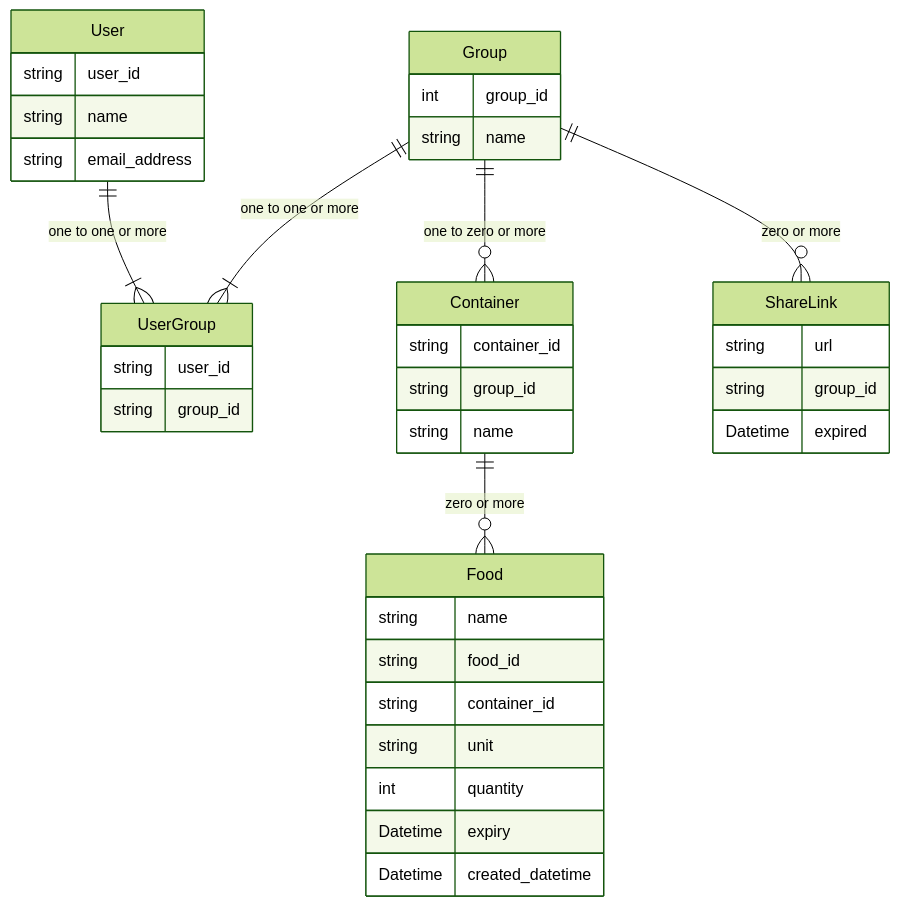
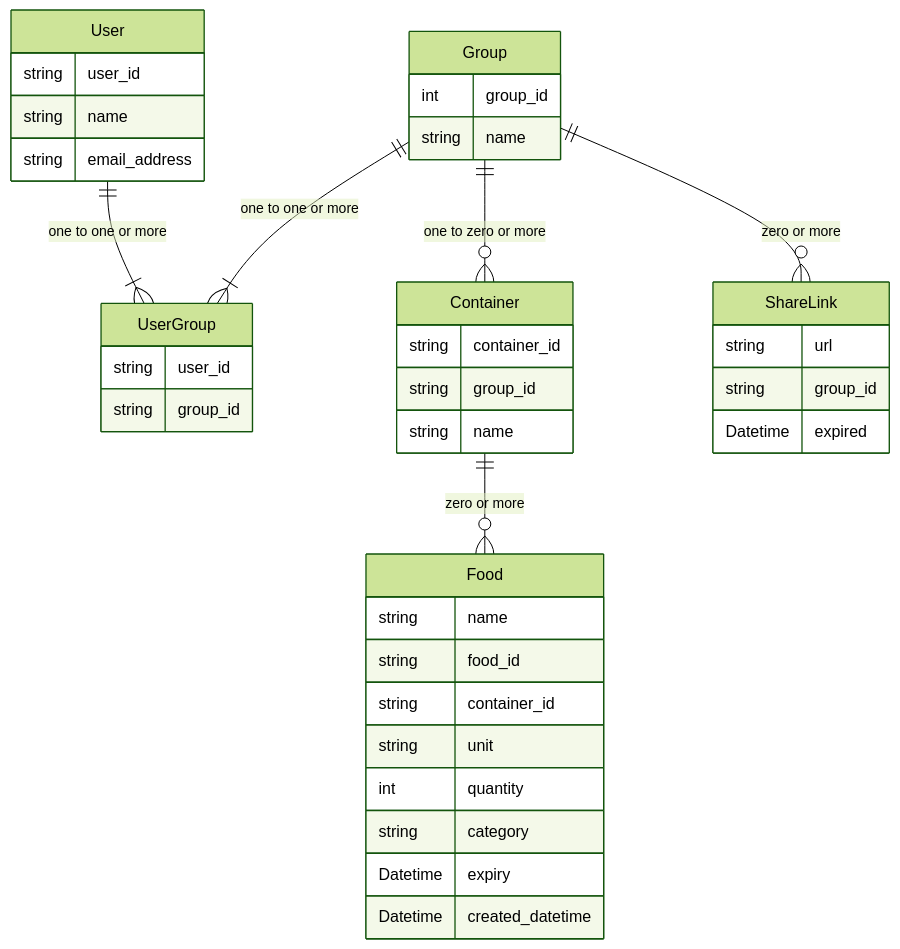
The diagram in project-document/docs/database/er-diagram.md (nishiki-tech/nishiki-documents), drawn with Mermaid (forest theme) before and after one commit. The commit also changed 1 other file, not shown here.

Commit message:
docs: update diagrams adding category

````diff
--- a/project-document/docs/database/er-diagram.md
+++ b/project-document/docs/database/er-diagram.md
@@ -3,49 +3,50 @@
 ```mermaid
 erDiagram
 
 User {
     string user_id
     string name
     string email_address
 }
 
 UserGroup {
     string user_id
     string group_id
 }
 
 Group {
     int group_id
     string name
 }
 
 Container {
     string container_id
     string group_id
     string name
 }
 
 Food {
     string name
     string food_id
     string container_id
     string unit
     int quantity
+    string category
     Datetime expiry
     Datetime created_datetime
 }
 
 ShareLink {
     string url
     string group_id
     Datetime expired
 }
 
 User || --|{ UserGroup : "one to one or more"
 Group ||--|{ UserGroup : "one to one or more"
 Group ||--o{ Container : "one to zero or more"
 Container ||--o{ Food : "zero or more"
 Group ||--o{ ShareLink : "zero or more"
 
 
 ```
````
